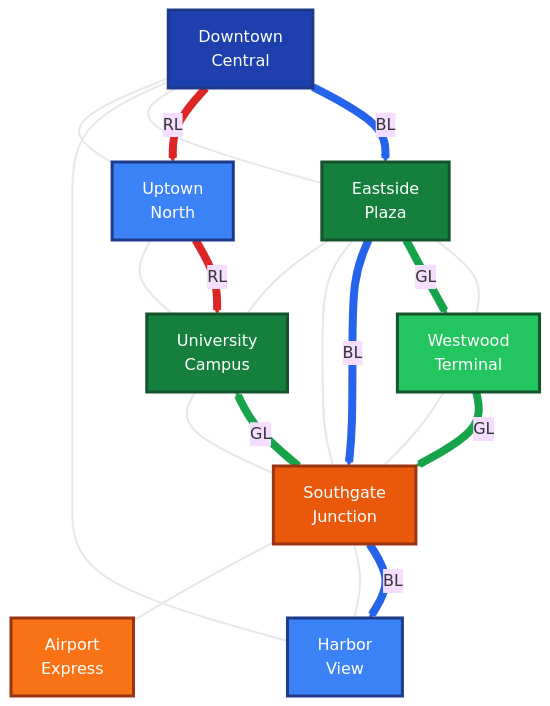
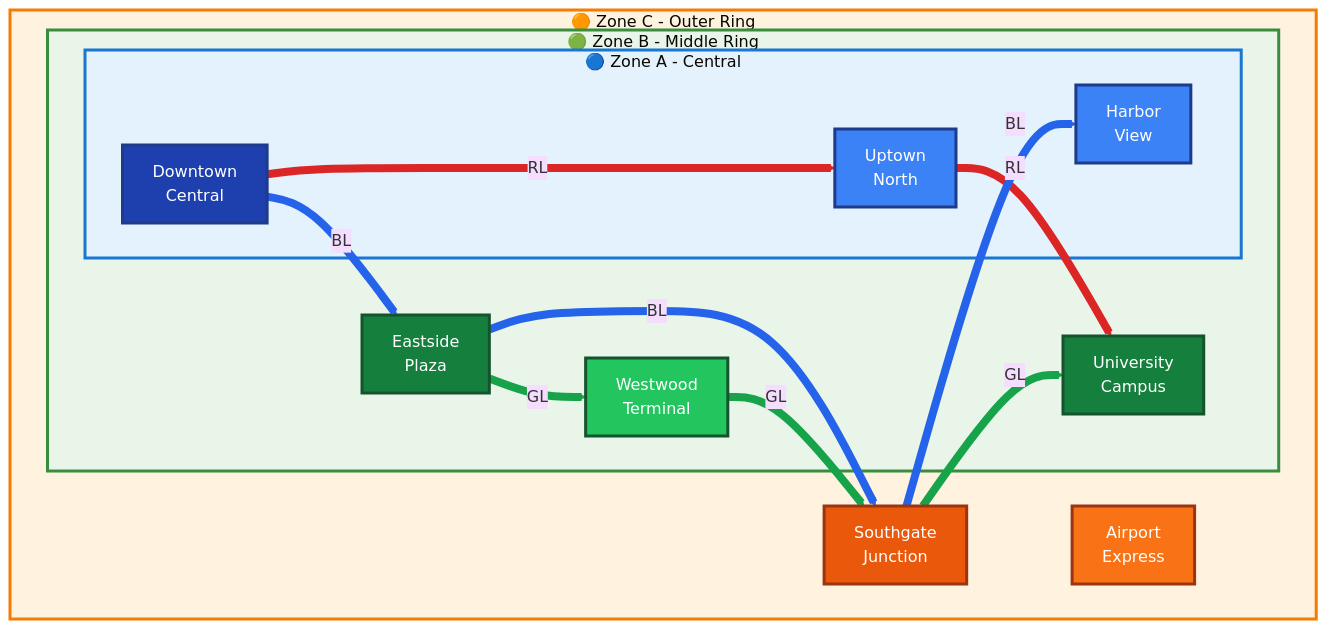
Before and after one commit to todicn/FareCalculator: the diagram in docs/metro-system-map.md, drawn with Mermaid (base theme). The commit also changed 13 other files, not shown here.

````diff
--- a/docs/metro-system-map.md
+++ b/docs/metro-system-map.md
@@ -1,71 +1,58 @@
 ```mermaid
 flowchart TD
     %% Metro System Map - Concentric Zone Layout
 
-    %% Station Definitions - Uniform Style
-    S1["Downtown<br/>Central"]
-    S2["Uptown<br/>North"]
-    S3["Eastside<br/>Plaza"]
-    S4["Westwood<br/>Terminal"]
-    S5["Southgate<br/>Junction"]
-    S6["Airport<br/>Express"]
-    S7["University<br/>Campus"]
-    S8["Harbor<br/>View"]
-
-    %% Geographic Layout - Concentric Zones (Light positioning lines)
-    S1 --- S2
-    S1 --- S8
-    S3 --- S7
-    S4 --- S3
-    S5 --- S6
-    S1 --- S3
-    S3 --- S5
-    S2 --- S7
-    S7 --- S5
-    S4 --- S5
-    S5 --- S8
+    %% Concentric Zone Layout
+    subgraph ZoneC ["🟠 Zone C - Outer Ring"]
+        subgraph ZoneB ["🟢 Zone B - Middle Ring"]
+            subgraph ZoneA ["🔵 Zone A - Central"]
+                S1["Downtown<br/>Central"]
+                S2["Uptown<br/>North"]
+                S8["Harbor<br/>View"]
+            end
+            S3["Eastside<br/>Plaza"]
+            S4["Westwood<br/>Terminal"]
+            S7["University<br/>Campus"]
+        end
+        S5["Southgate<br/>Junction"]
+        S6["Airport<br/>Express"]
+    end
 
     %% Metro Line Routes - Colored Lines
     %% Red Line - Express Service
     S1 ==>|RL| S2
     S2 ==>|RL| S7
     %% Blue Line - Local Service
     S1 ==>|BL| S3
     S3 ==>|BL| S5
     S5 ==>|BL| S8
     %% Green Line - Local Service
     S3 ==>|GL| S4
     S4 ==>|GL| S5
     S5 ==>|GL| S7
 
-    %% Zone-based Station Styling
+    %% Zone Styling
+    style ZoneA fill:#e3f2fd,stroke:#1976d2,stroke-width:3px
+    style ZoneB fill:#e8f5e8,stroke:#388e3c,stroke-width:3px
+    style ZoneC fill:#fff3e0,stroke:#f57c00,stroke-width:3px
+
+    %% Station Styling
     style S1 fill:#1e40af,stroke:#1e3a8a,stroke-width:3px,color:#ffffff
     style S2 fill:#3b82f6,stroke:#1e3a8a,stroke-width:3px,color:#ffffff
     style S8 fill:#3b82f6,stroke:#1e3a8a,stroke-width:3px,color:#ffffff
     style S3 fill:#15803d,stroke:#14532d,stroke-width:3px,color:#ffffff
     style S4 fill:#22c55e,stroke:#14532d,stroke-width:3px,color:#ffffff
     style S7 fill:#15803d,stroke:#14532d,stroke-width:3px,color:#ffffff
     style S5 fill:#ea580c,stroke:#9a3412,stroke-width:3px,color:#ffffff
     style S6 fill:#f97316,stroke:#9a3412,stroke-width:3px,color:#ffffff
 
-    %% Link Colors
-    linkStyle 0 stroke:#e5e7eb,stroke-width:2px
-    linkStyle 1 stroke:#e5e7eb,stroke-width:2px
-    linkStyle 2 stroke:#e5e7eb,stroke-width:2px
-    linkStyle 3 stroke:#e5e7eb,stroke-width:2px
-    linkStyle 4 stroke:#e5e7eb,stroke-width:2px
-    linkStyle 5 stroke:#e5e7eb,stroke-width:2px
-    linkStyle 6 stroke:#e5e7eb,stroke-width:2px
-    linkStyle 7 stroke:#e5e7eb,stroke-width:2px
-    linkStyle 8 stroke:#e5e7eb,stroke-width:2px
-    linkStyle 9 stroke:#e5e7eb,stroke-width:2px
-    linkStyle 10 stroke:#e5e7eb,stroke-width:2px
-    linkStyle 11 stroke:#dc2626,stroke-width:8px
-    linkStyle 12 stroke:#dc2626,stroke-width:8px
-    linkStyle 13 stroke:#2563eb,stroke-width:8px
-    linkStyle 14 stroke:#2563eb,stroke-width:8px
-    linkStyle 15 stroke:#2563eb,stroke-width:8px
-    linkStyle 16 stroke:#16a34a,stroke-width:8px
-    linkStyle 17 stroke:#16a34a,stroke-width:8px
-    linkStyle 18 stroke:#16a34a,stroke-width:8px
+    %% Metro Line Colors
+    linkStyle 0 stroke:#dc2626,stroke-width:8px
+    linkStyle 1 stroke:#dc2626,stroke-width:8px
+    linkStyle 2 stroke:#2563eb,stroke-width:8px
+    linkStyle 3 stroke:#2563eb,stroke-width:8px
+    linkStyle 4 stroke:#2563eb,stroke-width:8px
+    linkStyle 5 stroke:#16a34a,stroke-width:8px
+    linkStyle 6 stroke:#16a34a,stroke-width:8px
+    linkStyle 7 stroke:#16a34a,stroke-width:8px
 ```
````
